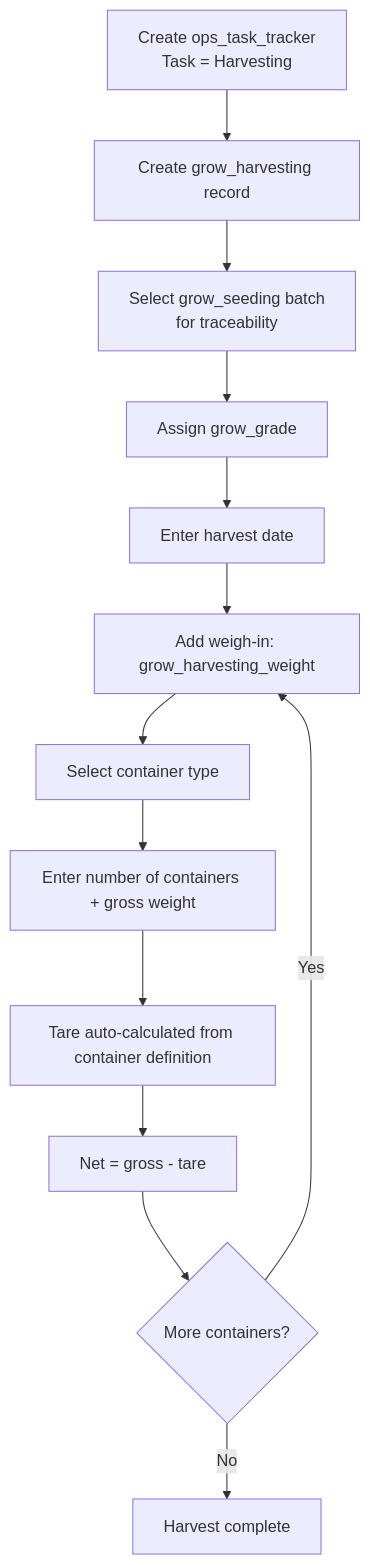
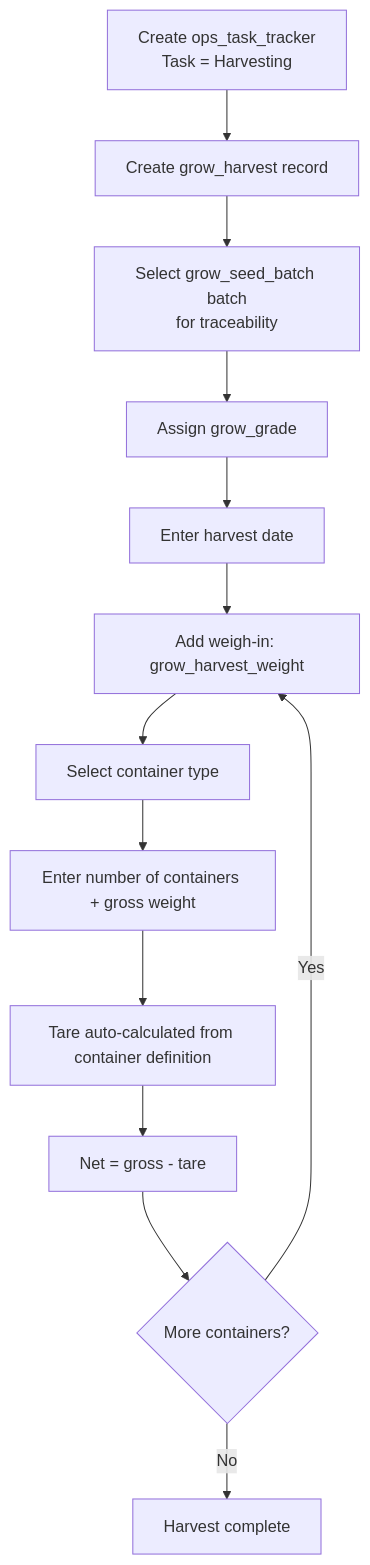
Before and after one commit to Hawaii-Farming/aloha-app: the diagram in docs/processes/20260324_04_grow_harvesting_workflow.md, drawn with Mermaid. The commit also changed other lines of this file and 24 other files, not shown here.

First line of the commit message:
Rename grow activity tables: seeding→seed_batch, harvesting→harvest, scouting→scout, spraying→spray

````diff
--- a/docs/processes/20260324_04_grow_harvesting_workflow.md
+++ b/docs/processes/20260324_04_grow_harvesting_workflow.md
@@ -49,15 +49,15 @@
 ```mermaid
 flowchart TD
-    A[Create ops_task_tracker\nTask = Harvesting] --> B[Create grow_harvesting record]
-    B --> C[Select grow_seeding batch\nfor traceability]
+    A[Create ops_task_tracker\nTask = Harvesting] --> B[Create grow_harvest record]
+    B --> C[Select grow_seed_batch batch\nfor traceability]
     C --> D[Assign grow_grade]
     D --> E[Enter harvest date]
-    E --> F[Add weigh-in: grow_harvesting_weight]
+    E --> F[Add weigh-in: grow_harvest_weight]
     F --> G[Select container type]
     G --> H[Enter number of containers + gross weight]
     H --> I[Tare auto-calculated from container definition]
     I --> J[Net = gross - tare]
     J --> K{More containers?}
     K -->|Yes| F
     K -->|No| L[Harvest complete]
 ```
````
